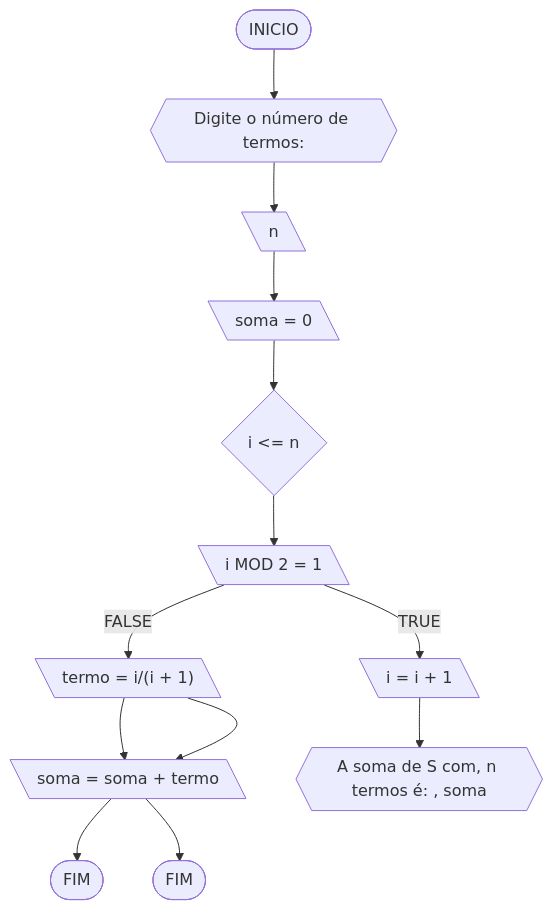
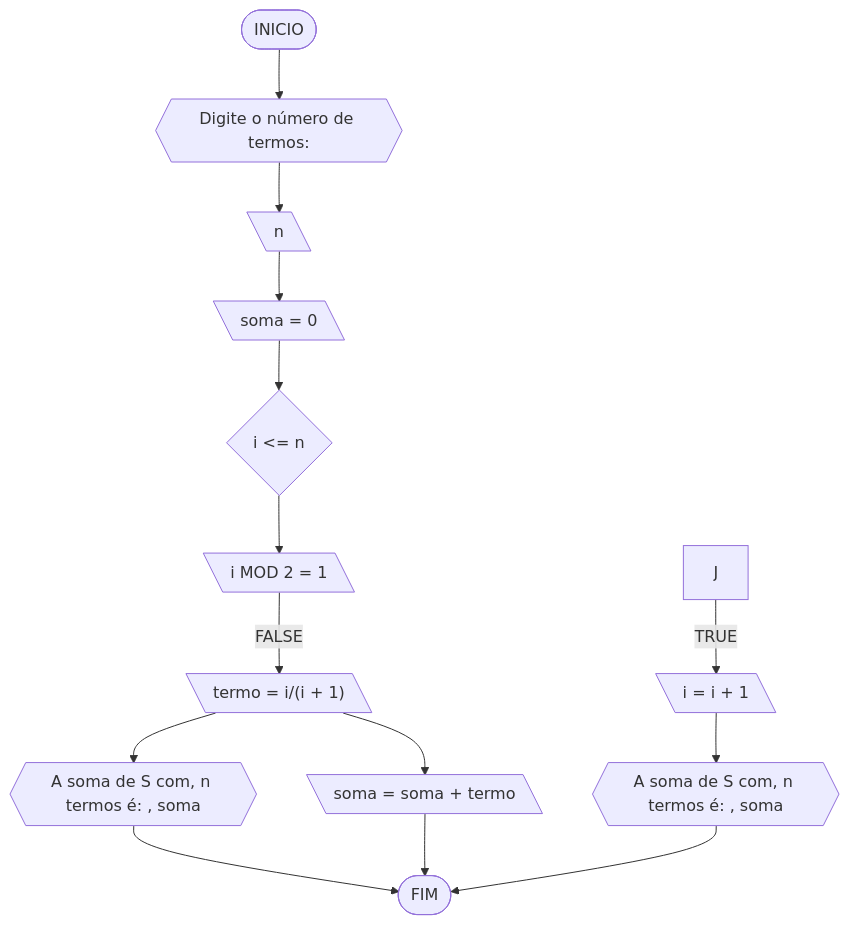
Before and after one commit to sdiogenes/unifor: the fourth of 7 diagrams in rra/Unidade1/AD1.md, drawn with Mermaid. The commit also changed other lines of this file, not shown here.

````diff
--- a/rra/Unidade1/AD1.md
+++ b/rra/Unidade1/AD1.md
@@ -200,17 +200,17 @@
 ```mermaid
 flowchart TD
 A([INICIO]) --> B{{"Digite o número de termos:"}}
 B --> C[\n\]
 C --> D[\soma = 0\]
 D --> E{i <= n}
 E --> F[\i MOD 2 = 1\]
 F --FALSE--> G[\"termo = i/(i + 1)"\]
 G --> H{{"A soma de S com, n termos é: ", soma}}
 H --> Z([FIM])
-G --> H[\soma = soma + termo\]
-H --> I([FIM])
-F --TRUE--> J[\i = i + 1\]
-J --> L{{"A soma de S com, n termos é: ", soma}}
-
+G --> I[\soma = soma + termo\]
+I --> Z([FIM])
+J --TRUE--> L[\i = i + 1\]
+L --> M{{"A soma de S com, n termos é: ", soma}}
+M --> Z([FIM])
 
 ```
````
